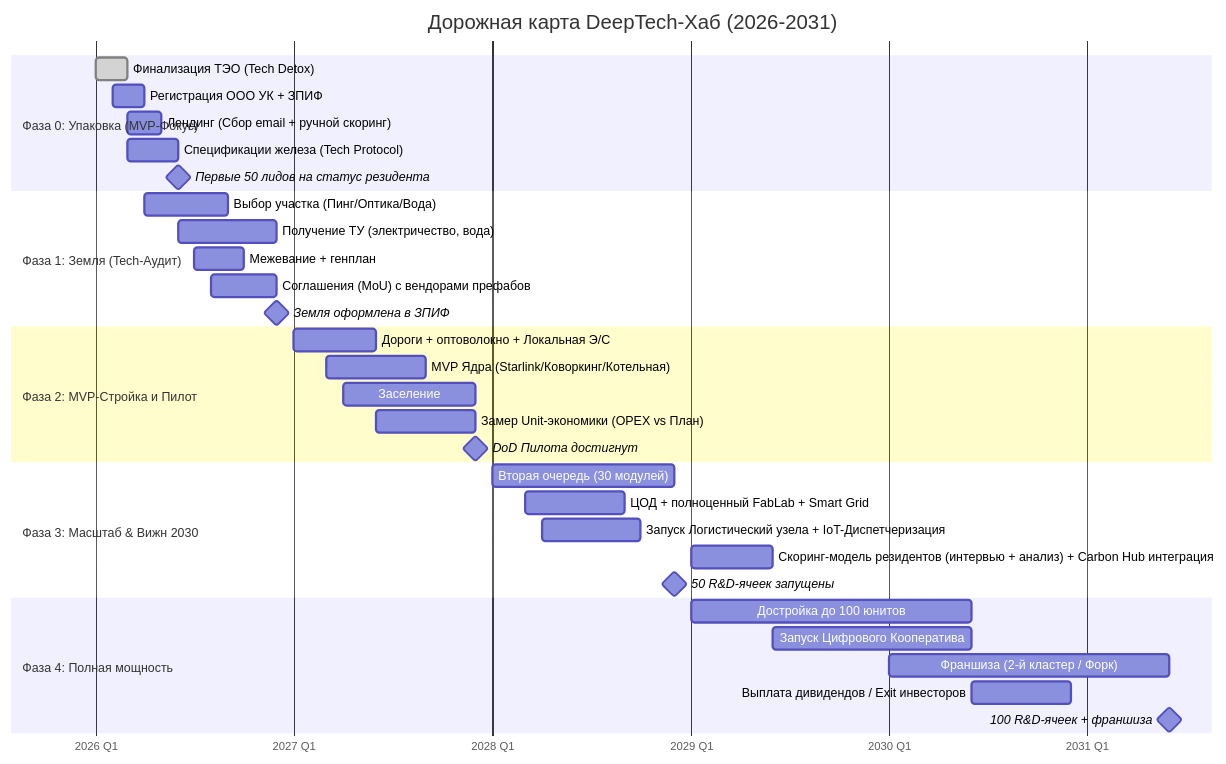
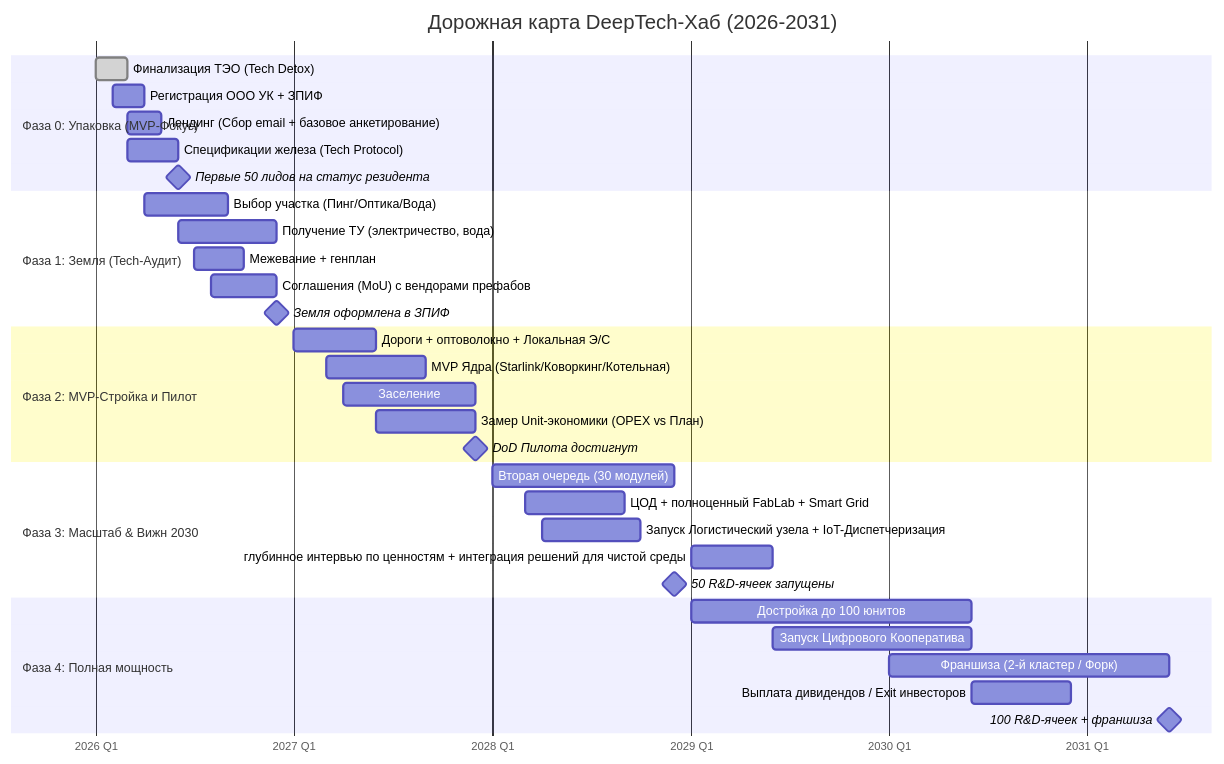
The diagram in ТЭО_Родовое_Поместье_Кейс/ТЭО_Родовое_Поместье_Раздел_11_Выводы_и_рекомендации.md (NeuroLoft/NEURO-ESTATE), drawn with Mermaid before and after one commit. The commit also changed other lines of this file and 18 other files, not shown here.

````diff
--- a/ТЭО_Родовое_Поместье_Кейс/ТЭО_Родовое_Поместье_Раздел_11_Выводы_и_рекомендации.md
+++ b/ТЭО_Родовое_Поместье_Кейс/ТЭО_Родовое_Поместье_Раздел_11_Выводы_и_рекомендации.md
@@ -62,41 +62,41 @@
 ```mermaid
 gantt
     title Дорожная карта DeepTech-Хаб (2026-2031)
     dateFormat YYYY-MM
     axisFormat %Y Q%q
 
     section Фаза 0: Упаковка (MVP-Фокус)
     Финализация ТЭО (Tech Detox)           :done, f0a, 2026-01, 2026-03
     Регистрация ООО УК + ЗПИФ              :f0b, 2026-02, 2026-04
-    Лендинг (Сбор email + ручной скоринг)  :f0c, 2026-03, 2026-05
+    Лендинг (Сбор email + базовое анкетирование)  :f0c, 2026-03, 2026-05
     Спецификации железа (Tech Protocol)    :f0d, 2026-03, 2026-06
     Первые 50 лидов на статус резидента    :milestone, m1, 2026-06, 0d
 
     section Фаза 1: Земля (Tech-Аудит)
     Выбор участка (Пинг/Оптика/Вода)       :f1a, 2026-04, 2026-09
     Получение ТУ (электричество, вода)     :f1b, 2026-06, 2026-12
     Межевание + генплан                    :f1c, 2026-07, 2026-10
     Соглашения (MoU) с вендорами префабов  :f1d, 2026-08, 2026-12
     Земля оформлена в ЗПИФ                 :milestone, m2, 2026-12, 0d
 
     section Фаза 2: MVP-Стройка и Пилот
     Дороги + оптоволокно + Локальная Э/С   :f2a, 2027-01, 2027-06
     MVP Ядра (Starlink/Коворкинг/Котельная):f2b, 2027-03, 2027-09
     Заселение: 5 семей-евангелистов        :f2c, 2027-04, 2027-12
     Замер Unit-экономики (OPEX vs План)    :f2d, 2027-06, 2027-12
     DoD Пилота достигнут                   :milestone, m3, 2027-12, 0d
 
     section Фаза 3: Масштаб & Вижн 2030
     Вторая очередь (30 модулей)           :f3a, 2028-01, 2028-12
     ЦОД + полноценный FabLab + Smart Grid :f3b, 2028-03, 2028-09
     Запуск Логистический узела + IoT-Диспетчеризация      :f3c, 2028-04, 2028-10
-    Скоринг-модель резидентов (интервью + анализ) + Carbon Hub интеграция    :f3d, 2029-01, 2029-06
+    глубинное интервью по ценностям + интеграция решений для чистой среды    :f3d, 2029-01, 2029-06
     50 R&D-ячеек запущены                 :milestone, m4, 2028-12, 0d
 
     section Фаза 4: Полная мощность
     Достройка до 100 юнитов               :f4a, 2029-01, 2030-06
     Запуск Цифрового Кооператива          :f4b, 2029-06, 2030-06
     Франшиза (2-й кластер / Форк)         :f4c, 2030-01, 2031-06
     Выплата дивидендов / Exit инвесторов  :f4d, 2030-06, 2030-12
     100 R&D-ячеек + франшиза              :milestone, m5, 2031-06, 0d
 ```
````
